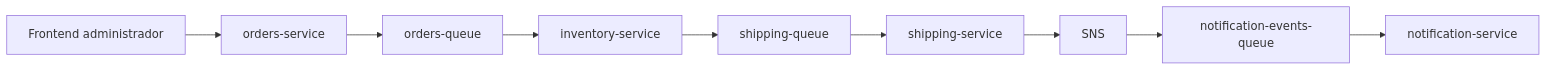
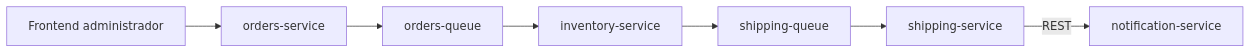
Before and after one commit to JONAHBRUZZI/smartlogix: the diagram in Backend/PROPUESTA_SOLUCION_MICROSERVICIOS.md, drawn with Mermaid. The commit also changed 16 other files, not shown here.

Commit message:
Reemplazo SNS por REST en notificaciones + compose optimizado para VM

````diff
--- a/Backend/PROPUESTA_SOLUCION_MICROSERVICIOS.md
+++ b/Backend/PROPUESTA_SOLUCION_MICROSERVICIOS.md
@@ -92,11 +92,9 @@
 ```mermaid
 flowchart LR
     UI["Frontend administrador"] --> ORD["orders-service"]
     ORD --> Q1["orders-queue"]
     Q1 --> INV["inventory-service"]
     INV --> Q3["shipping-queue"]
     Q3 --> SHP["shipping-service"]
-    SHP --> SNS
-    SNS --> Q4["notification-events-queue"]
-    Q4 --> NOTI["notification-service"]
+    SHP -->|REST| NOTI["notification-service"]
 ```
````
